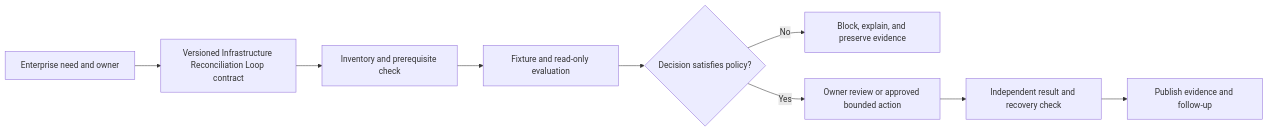
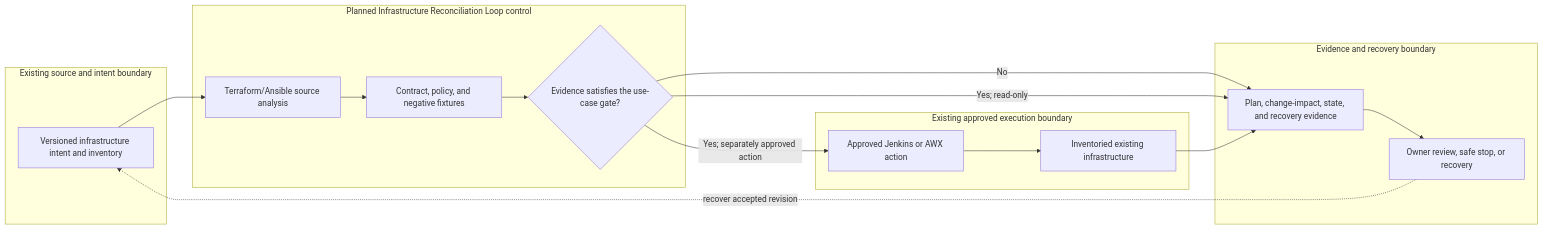
One commit to MIDHTECH/enterprise-architecture-docs changed the diagram in docs/use-cases/infrastructure/UC-INFRA-011-infrastructure-reconciliation-loop.md. Above: the diagram before and after it, drawn with Mermaid. The commit also changed other lines of this file and 227 other files, not shown here.

Commit message:
Deepen architecture for all use case designs

````diff
--- a/docs/use-cases/infrastructure/UC-INFRA-011-infrastructure-reconciliation-loop.md
+++ b/docs/use-cases/infrastructure/UC-INFRA-011-infrastructure-reconciliation-loop.md
@@ -136,11 +129,25 @@
 ```mermaid
 flowchart LR
-    Need["Enterprise need and owner"] --> Contract["Versioned Infrastructure Reconciliation Loop contract"]
-    Contract --> Preflight["Inventory and prerequisite check"]
-    Preflight --> Evaluate["Fixture and read-only evaluation"]
-    Evaluate --> Decision{"Decision satisfies policy?"}
-    Decision -->|No| Stop["Block, explain, and preserve evidence"]
-    Decision -->|Yes| Review["Owner review or approved bounded action"]
-    Review --> Verify["Independent result and recovery check"]
-    Verify --> Publish["Publish evidence and follow-up"]
+    subgraph Source["Existing source and intent boundary"]
+        A["Versioned infrastructure intent and inventory"]
+    end
+    subgraph Planned["Planned Infrastructure Reconciliation Loop control"]
+        B["Terraform/Ansible source analysis"]
+        C["Contract, policy, and negative fixtures"]
+        D{"Evidence satisfies the use-case gate?"}
+    end
+    subgraph Runtime["Existing approved execution boundary"]
+        E["Approved Jenkins or AWX action"]
+        F["Inventoried existing infrastructure"]
+    end
+    subgraph Assurance["Evidence and recovery boundary"]
+        G["Plan, change-impact, state, and recovery evidence"]
+        H["Owner review, safe stop, or recovery"]
+    end
+
+    A --> B --> C --> D
+    D -->|No| G --> H
+    D -->|Yes; read-only| G
+    D -->|Yes; separately approved action| E --> F --> G
+    H -. recover accepted revision .-> A
 ```
````
